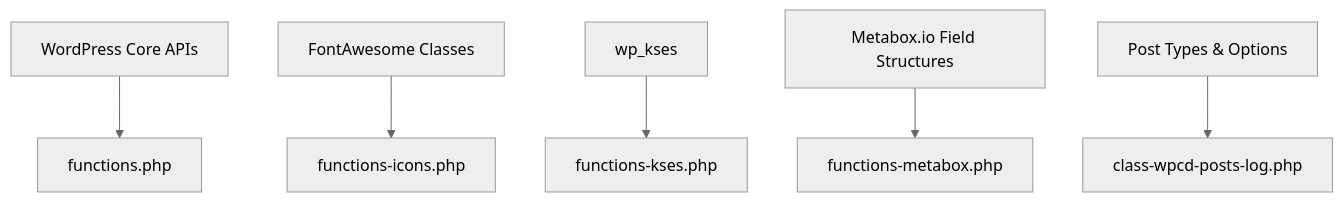
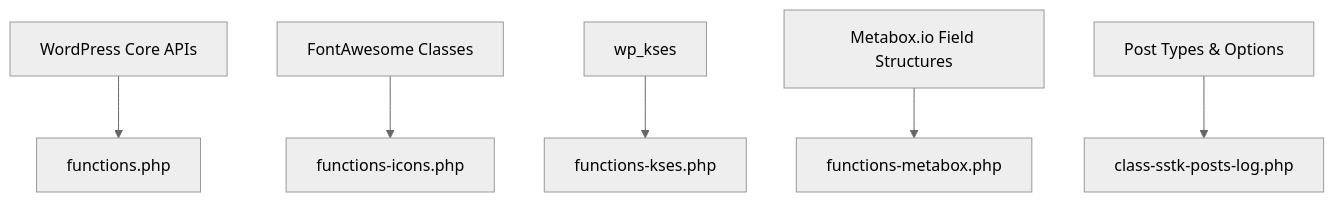
The ninth of 9 diagrams in .qoder/repowiki/en/content/Core Components/Utility Functions & Helpers.md (onedogsolutions/simple-stack), drawn with Mermaid (neutral theme) before and after one commit. The commit also changed other lines of this file and 5941 other files, not shown here.

````diff
--- a/.qoder/repowiki/en/content/Core Components/Utility Functions & Helpers.md
+++ b/.qoder/repowiki/en/content/Core Components/Utility Functions & Helpers.md
@@ -437,8 +437,8 @@
 ```mermaid
 graph TB
 WP["WordPress Core APIs"] --> F["functions.php"]
 FA["FontAwesome Classes"] --> I["functions-icons.php"]
 KSES["wp_kses"] --> K["functions-kses.php"]
 MB["Metabox.io Field Structures"] --> M["functions-metabox.php"]
-POSTS["Post Types & Options"] --> L["class-wpcd-posts-log.php"]
+POSTS["Post Types & Options"] --> L["class-sstk-posts-log.php"]
 ```
````
